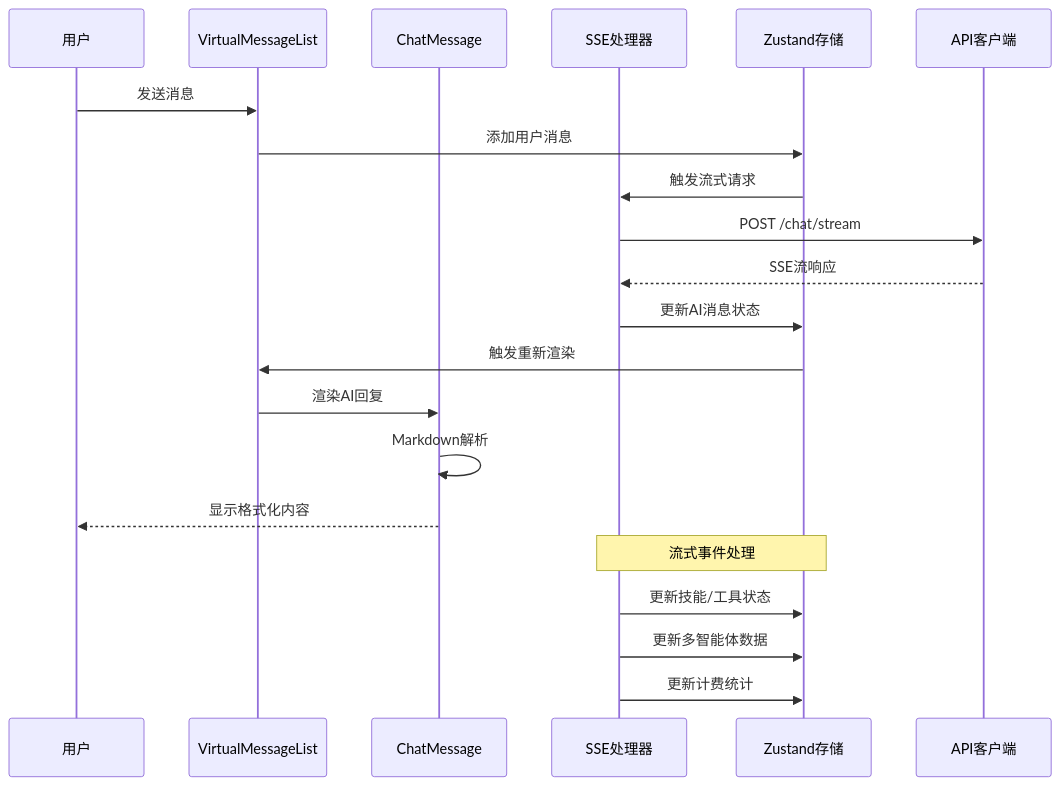
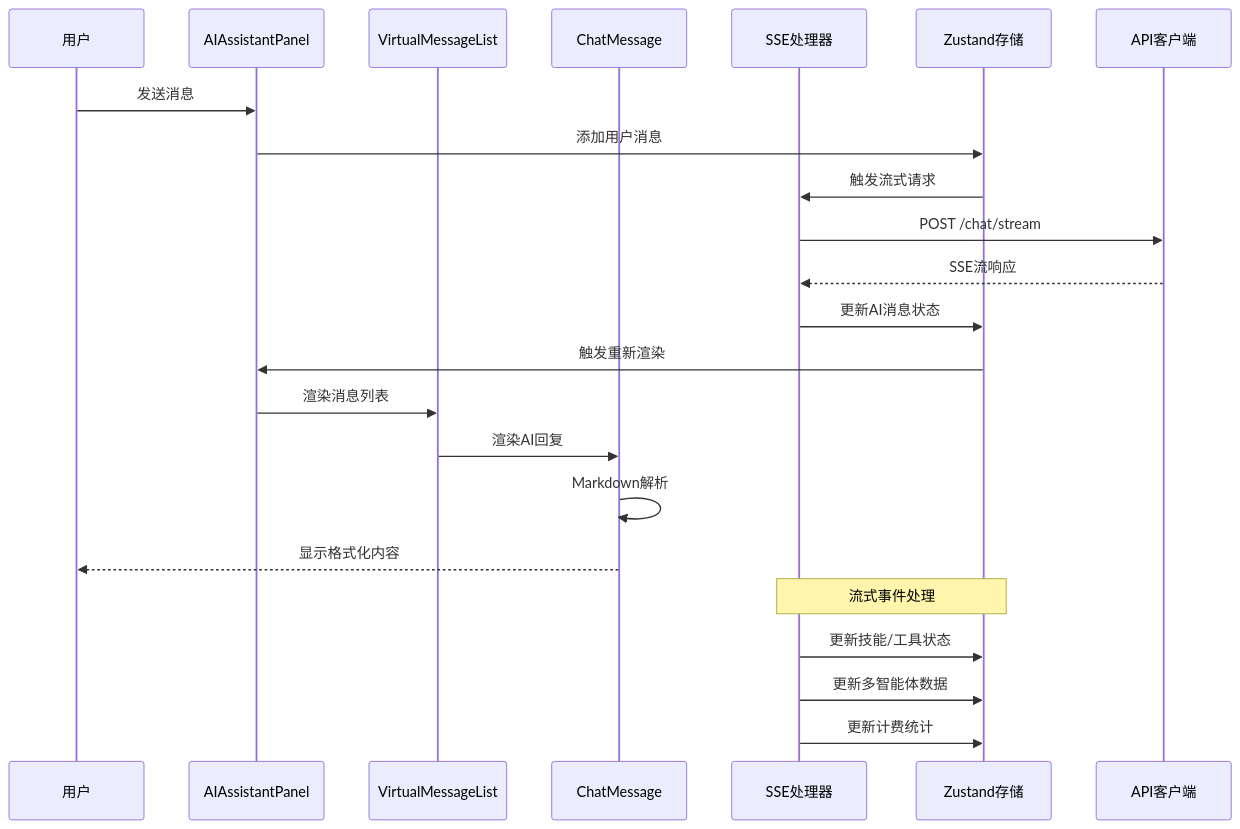
Before and after one commit to KunLabAI/KunFlix: the second of 6 diagrams in .qoder/repowiki/zh/content/前端应用架构/UI组件库/虚拟化聊天渲染.md, drawn with Mermaid. The commit also changed other lines of this file and 22 other files, not shown here.

````diff
--- a/.qoder/repowiki/zh/content/前端应用架构/UI组件库/虚拟化聊天渲染.md
+++ b/.qoder/repowiki/zh/content/前端应用架构/UI组件库/虚拟化聊天渲染.md
@@ -142,23 +161,25 @@
 ```mermaid
 sequenceDiagram
 participant User as 用户
+participant AAP as AIAssistantPanel
 participant VML as VirtualMessageList
 participant CM as ChatMessage
 participant SSE as SSE处理器
 participant Store as Zustand存储
 participant API as API客户端
-User->>VML : 发送消息
-VML->>Store : 添加用户消息
+User->>AAP : 发送消息
+AAP->>Store : 添加用户消息
 Store->>SSE : 触发流式请求
 SSE->>API : POST /chat/stream
 API-->>SSE : SSE流响应
 SSE->>Store : 更新AI消息状态
-Store->>VML : 触发重新渲染
+Store->>AAP : 触发重新渲染
+AAP->>VML : 渲染消息列表
 VML->>CM : 渲染AI回复
 CM->>CM : Markdown解析
 CM-->>User : 显示格式化内容
 Note over SSE,Store : 流式事件处理
 SSE->>Store : 更新技能/工具状态
 SSE->>Store : 更新多智能体数据
 SSE->>Store : 更新计费统计
 ```
````
